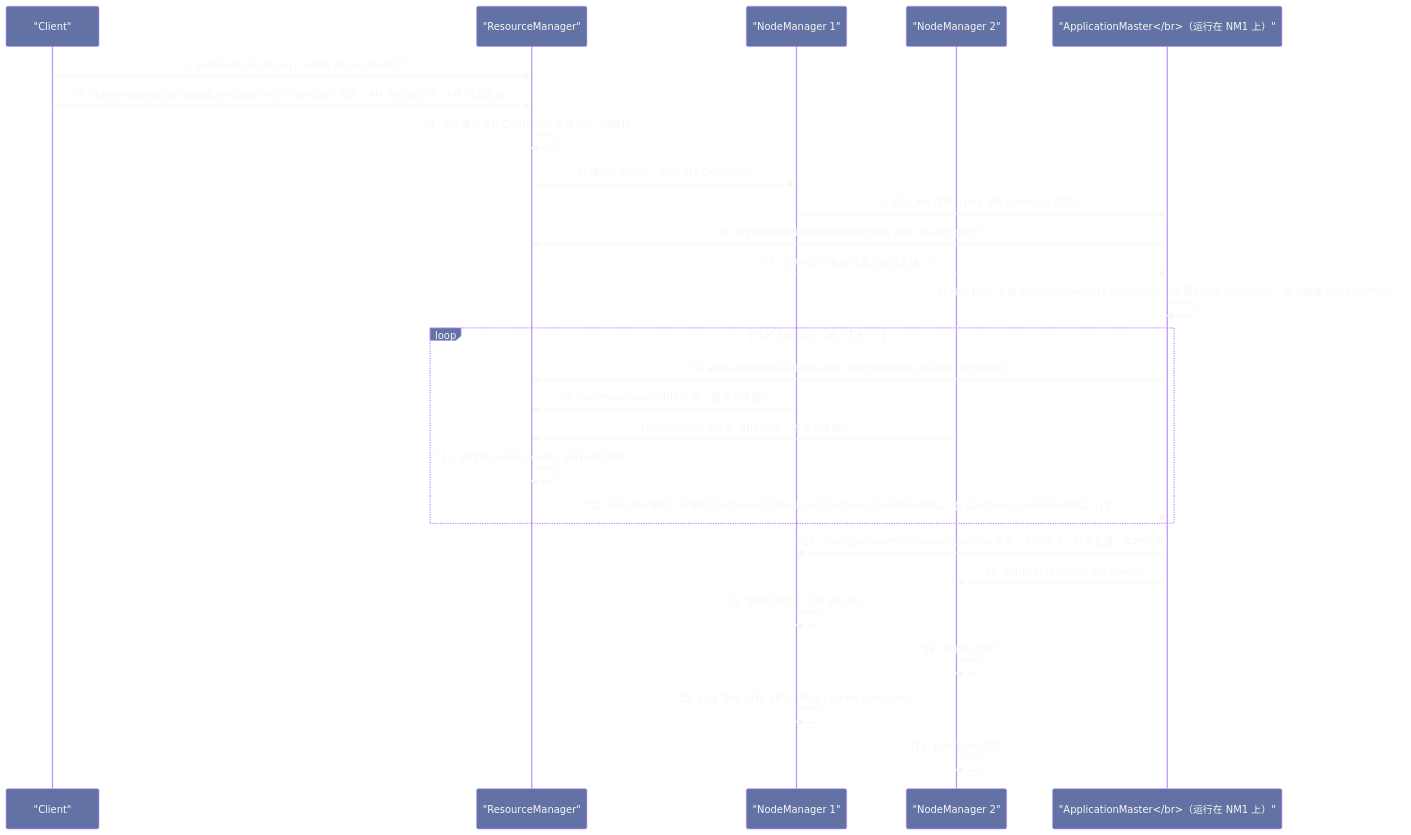
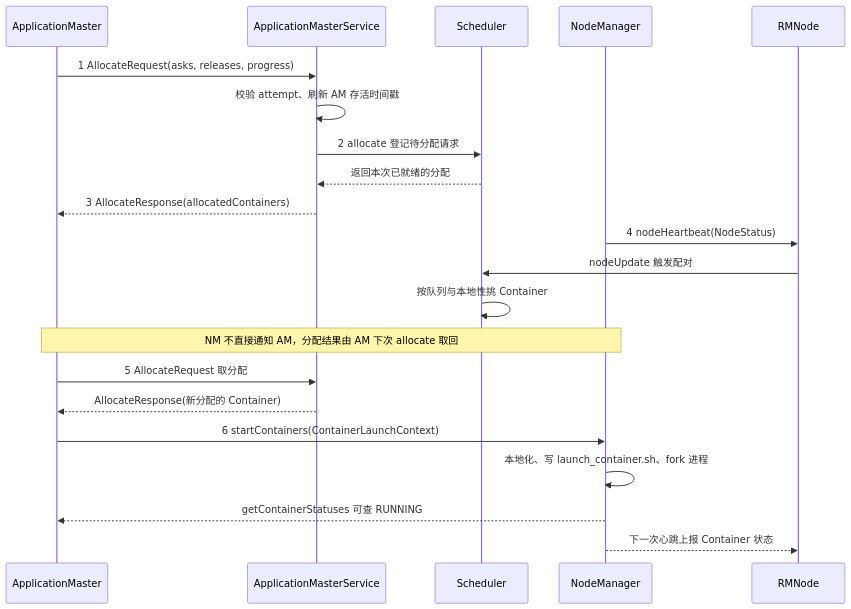
Before and after one commit to hpliStartAgain/my-brain: the third of 4 diagrams in content/大数据/Hadoop/Yarn/02 YARN 整体架构全景——ResourceManager、NodeManager 与 ApplicationMaster 三角协作.md, drawn with Mermaid. The commit also changed other lines of this file and 455 other files, not shown here.

````diff
--- a/content/大数据/Hadoop/Yarn/02 YARN 整体架构全景——ResourceManager、NodeManager 与 ApplicationMaster 三角协作.md
+++ b/content/大数据/Hadoop/Yarn/02 YARN 整体架构全景——ResourceManager、NodeManager 与 ApplicationMaster 三角协作.md
@@ -369,35 +275,27 @@
 ```mermaid
-%%{init: {'theme': 'base', 'themeVariables': {'primaryColor': '#6272a4', 'primaryTextColor': '#f8f8f2', 'primaryBorderColor': '#bd93f9', 'lineColor': '#ff79c6', 'secondaryColor': '#44475a', 'tertiaryColor': '#282a36'}}}%%
+%%{init: {'theme': 'dracula'}}%%
 sequenceDiagram
-    participant C as "Client"
-    participant RM as "ResourceManager"
-    participant NM1 as "NodeManager 1"
-    participant NM2 as "NodeManager 2"
-    participant AM as "ApplicationMaster</br>（运行在 NM1 上）"
+    participant AM as ApplicationMaster
+    participant AMS as ApplicationMasterService
+    participant SCH as Scheduler
+    participant NM as NodeManager
+    participant RMN as RMNode
 
-    C->>RM: "1. getNewApplication() → 获取 ApplicationId"
-    C->>RM: "2. submitApplication(appId, amSpec)</br>   amSpec 包含：AM 的启动命令、AM 所需资源"
-    RM->>RM: "3. 调度器为 AM Container 选择节点（NM1）"
-    RM->>NM1: "4. 通过心跳响应：启动 AM Container"
-    NM1->>AM: "5. 启动 AM 进程（执行 AM 的 main() 方法）"
+    AM->>AMS: 1 AllocateRequest(asks, releases, progress)
+    AMS->>AMS: 校验 attempt、刷新 AM 存活时间戳
+    AMS->>SCH: 2 allocate 登记待分配请求
+    SCH-->>AMS: 返回本次已就绪的分配
+    AMS-->>AM: 3 AllocateResponse(allocatedContainers)
 
-    AM->>RM: "6. registerApplicationMaster(host, port, trackingUrl)"
-    RM-->>AM: "7. 注册响应（集群资源上限信息等）"
+    NM->>RMN: 4 nodeHeartbeat(NodeStatus)
+    RMN->>SCH: nodeUpdate 触发配对
+    SCH->>SCH: 按队列与本地性挑 Container
+    Note over NM,AM: NM 不直接通知 AM，分配结果由 AM 下次 allocate 取回
 
-    AM->>AM: "8. 分析 Job，生成 ResourceRequest 列表</br>   （需要多少个 Container，每个需要多少 CPU/内存）"
-
-    loop "AM 心跳循环（每 ~1 秒）"
-        AM->>RM: "9. allocate(ResourceRequests, completedContainers, progress)"
-        NM1->>RM: "10. nodeHeartbeat（NM 心跳，触发调度器）"
-        NM2->>RM: "10. nodeHeartbeat（NM 心跳，触发调度器）"
-        RM->>RM: "11. 调度器 nodeUpdate() 执行分配决策"
-        RM-->>AM: "12. allocate 响应：分配的 Container 列表</br>    [Container{nodeId=NM1,...}, Container{nodeId=NM2,...}]"
-    end
-
-    AM->>NM1: "13. startContainers(Container1)</br>    携带：启动命令、环境变量、本地资源"
-    AM->>NM2: "13. startContainers(Container2)"
-    NM1->>NM1: "14. 本地化资源（下载 JAR 等）"
-    NM2->>NM2: "14. 本地化资源"
-    NM1->>NM1: "15. 启动 Task 进程（Map Task / Spark Executor）"
-    NM2->>NM2: "15. 启动 Task 进程"
+    AM->>AMS: 5 AllocateRequest 取分配
+    AMS-->>AM: AllocateResponse(新分配的 Container)
+    AM->>NM: 6 startContainers(ContainerLaunchContext)
+    NM->>NM: 本地化、写 launch_container.sh、fork 进程
+    NM-->>AM: getContainerStatuses 可查 RUNNING
+    NM-->>RMN: 下一次心跳上报 Container 状态
 ```
````
